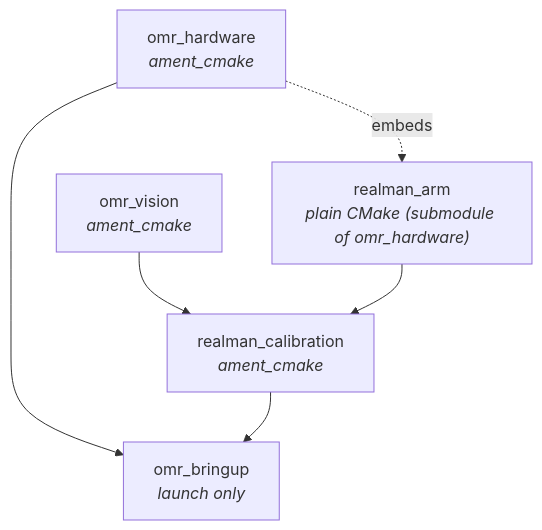
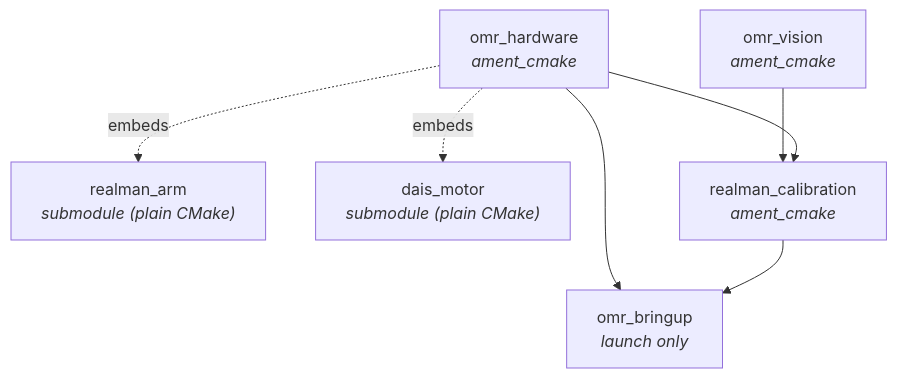
One commit to sunyuming53-byte/the_first_box changed the second of 4 diagrams in README.md. Above: the diagram before and after it, drawn with Mermaid. The commit also changed other lines of this file and 2 other files, not shown here.

Commit message:
style: fix include ordering (omr_vision before realman), update README

````diff
--- a/README.md
+++ b/README.md
@@ -173,14 +185,16 @@
 ```mermaid
 graph TD
     vision["omr_vision<br/><i>ament_cmake</i>"]
-    arm["realman_arm<br/><i>plain CMake (submodule of omr_hardware)</i>"]
+    hw["omr_hardware<br/><i>ament_cmake</i>"]
+    arm["realman_arm<br/><i>submodule (plain CMake)</i>"]
+    motor["dais_motor<br/><i>submodule (plain CMake)</i>"]
     calib["realman_calibration<br/><i>ament_cmake</i>"]
-    hw["omr_hardware<br/><i>ament_cmake</i>"]
     bringup["omr_bringup<br/><i>launch only</i>"]
 
     vision --> calib
-    arm --> calib
     hw -.->|embeds| arm
+    hw -.->|embeds| motor
+    hw --> calib
     hw --> bringup
     calib --> bringup
 ```
````
